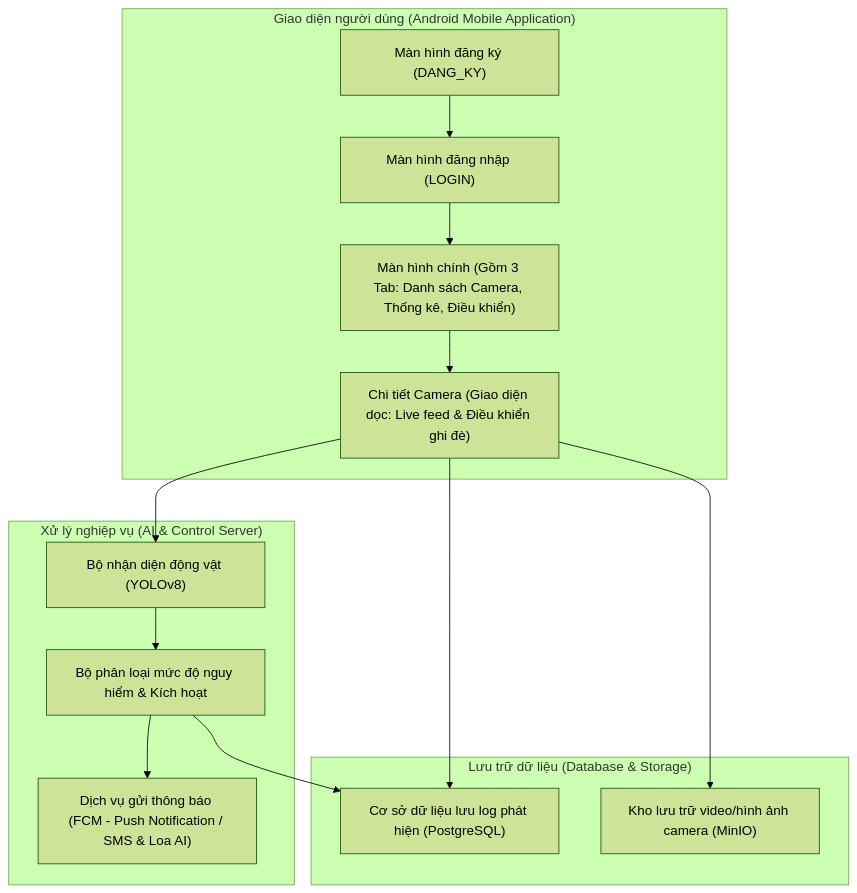
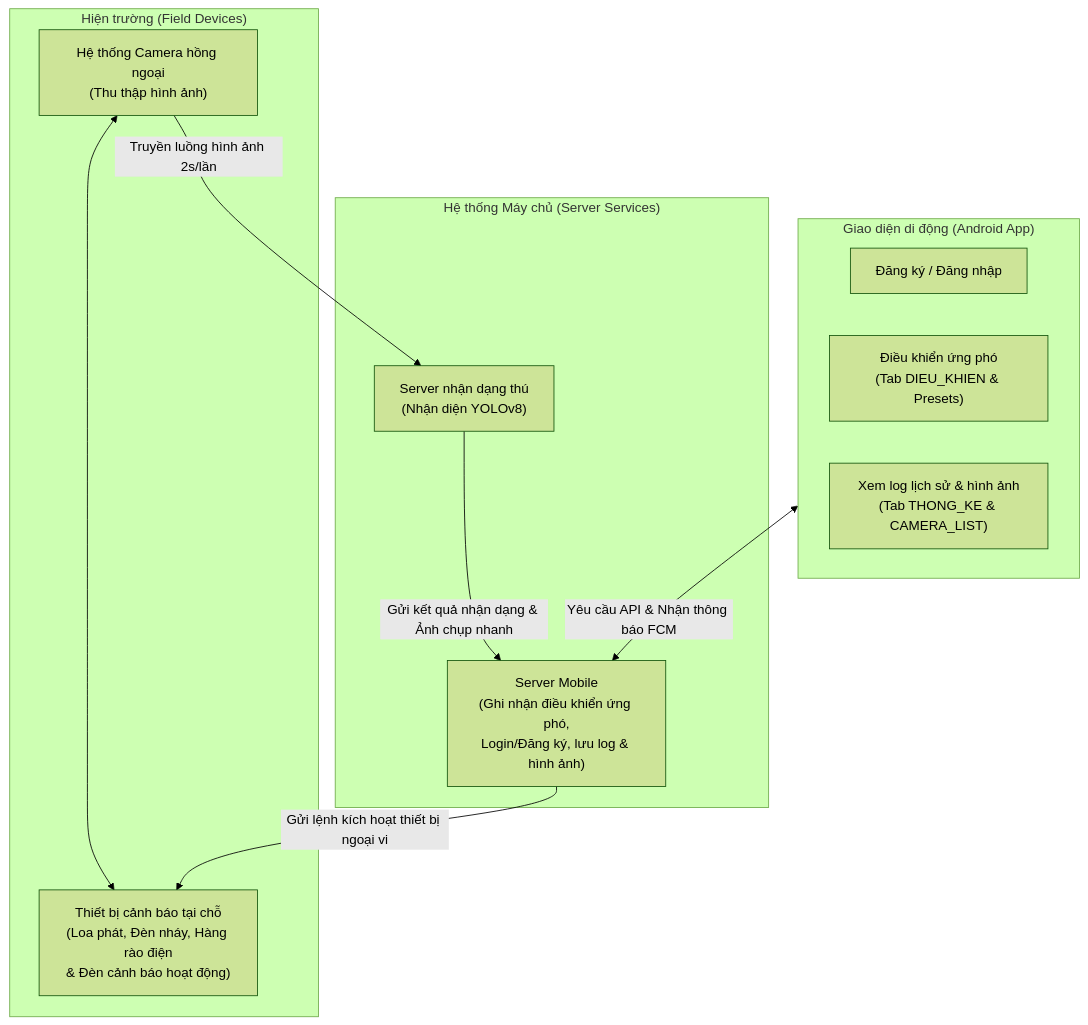
One commit to trungnguyenthien/Wildlife-Warning-and-Deterrence-System changed the first of 3 diagrams in outputs/de-tai-nghien-cuu-canh-bao-dong-vat.md. Above: the diagram before and after it, drawn with Mermaid (forest theme). The commit also changed other lines of this file, not shown here.

Commit message:
docs: update research project documentation for wildlife warning and deterrence system

````diff
--- a/outputs/de-tai-nghien-cuu-canh-bao-dong-vat.md
+++ b/outputs/de-tai-nghien-cuu-canh-bao-dong-vat.md
@@ -88,28 +93,25 @@
 ```mermaid
 flowchart TB
-    subgraph UI["Giao diện người dùng (Android Mobile Application)"]
-        R["Màn hình đăng ký (DANG_KY)"]
-        A["Màn hình đăng nhập (LOGIN)"]
-        B["Màn hình chính (Gồm 3 Tab: Danh sách Camera, Thống kê, Điều khiển)"]
-        C["Chi tiết Camera (Giao diện dọc: Live feed & Điều khiển ghi đè)"]
-    end
-    subgraph Logic["Xử lý nghiệp vụ (AI & Control Server)"]
-        D["Bộ nhận diện động vật (YOLOv8)"]
-        E["Bộ phân loại mức độ nguy hiểm & Kích hoạt"]
-        F["Dịch vụ gửi thông báo (FCM - Push Notification / SMS & Loa AI)"]
-    end
-    subgraph Data["Lưu trữ dữ liệu (Database & Storage)"]
-        G["Cơ sở dữ liệu lưu log phát hiện (PostgreSQL)"]
-        H["Kho lưu trữ video/hình ảnh camera (MinIO)"]
+    subgraph Fields["Hiện trường (Field Devices)"]
+        Cam["Hệ thống Camera hồng ngoại\n(Thu thập hình ảnh)"]
+        WarningDevices["Thiết bị cảnh báo tại chỗ\n(Loa phát, Đèn nháy, Hàng rào điện\n& Đèn cảnh báo hoạt động)"]
+        Cam <--> WarningDevices
     end
 
-    R --> A
-    A --> B
-    B --> C
-    C --> D
-    D --> E
-    E --> F
-    E --> G
-    C --> G
-    C --> H
+    subgraph Backend["Hệ thống Máy chủ (Server Services)"]
+        AIServer["Server nhận dạng thú\n(Nhận diện YOLOv8)"]
+        MobileServer["Server Mobile\n(Ghi nhận điều khiển ứng phó,\nLogin/Đăng ký, lưu log & hình ảnh)"]
+    end
+
+    subgraph Android["Giao diện di động (Android App)"]
+        AppLogin["Đăng ký / Đăng nhập"]
+        AppControl["Điều khiển ứng phó\n(Tab DIEU_KHIEN & Presets)"]
+        AppLog["Xem log lịch sử & hình ảnh\n(Tab THONG_KE & CAMERA_LIST)"]
+    end
+
+    Cam -->|Truyền luồng hình ảnh 2s/lần| AIServer
+    AIServer -->|Gửi kết quả nhận dạng & Ảnh chụp nhanh| MobileServer
+    MobileServer -->|Gửi lệnh kích hoạt thiết bị ngoại vi| WarningDevices
+    
+    Android <-->|Yêu cầu API & Nhận thông báo FCM| MobileServer
 ```
````
